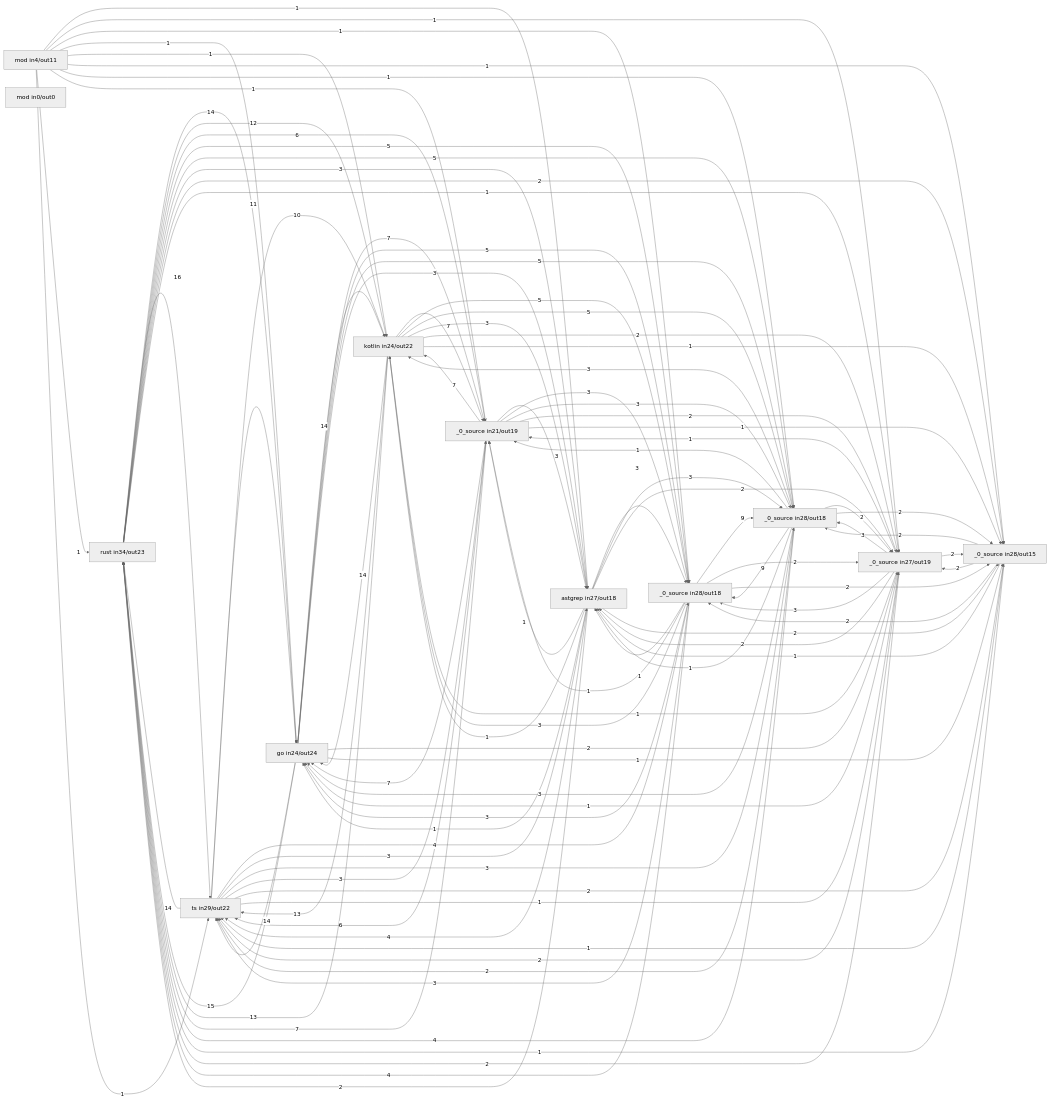
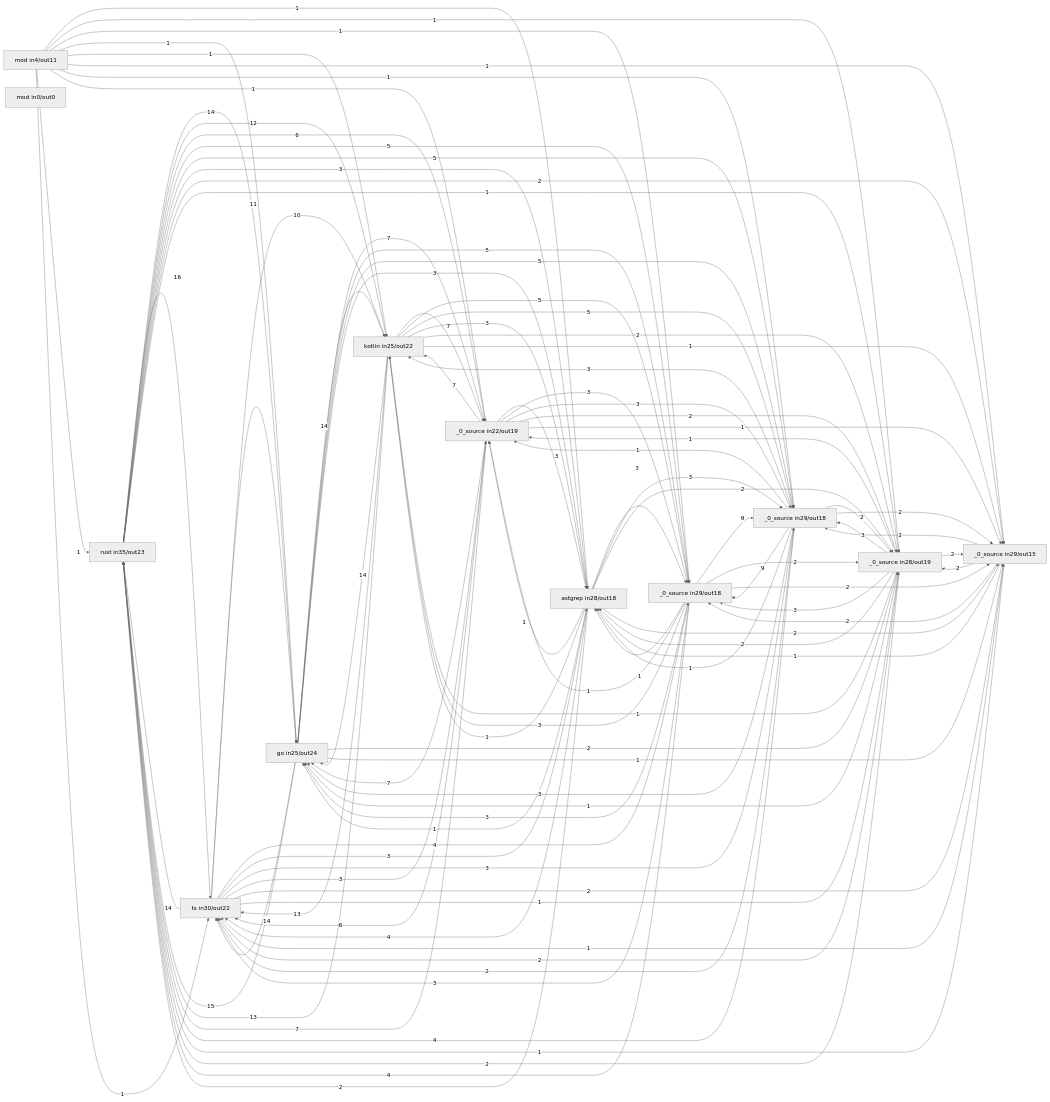
One commit to hafley66/sprefa changed the third of 5 diagrams in docs/selfdoc/extract.md. Above: the diagram before and after it, drawn with Mermaid (neutral theme). The commit also changed other lines of this file and 1 other file, not shown here.

````diff
--- a/docs/selfdoc/extract.md
+++ b/docs/selfdoc/extract.md
@@ -141,15 +141,15 @@
 ```mermaid
 flowchart LR
-  n1["rust  in34/out23"]
-  n2["ts  in29/out22"]
-  n3["_0_source  in28/out18"]
-  n4["_0_source  in28/out18"]
-  n5["_0_source  in28/out15"]
-  n6["_0_source  in27/out19"]
-  n7["astgrep  in27/out18"]
-  n8["go  in24/out24"]
-  n9["kotlin  in24/out22"]
-  n10["_0_source  in21/out19"]
+  n1["rust  in35/out23"]
+  n2["ts  in30/out22"]
+  n3["_0_source  in29/out18"]
+  n4["_0_source  in29/out18"]
+  n5["_0_source  in29/out15"]
+  n6["_0_source  in28/out19"]
+  n7["astgrep  in28/out18"]
+  n8["go  in25/out24"]
+  n9["kotlin  in25/out22"]
+  n10["_0_source  in22/out19"]
   n11["mod  in4/out11"]
   n12["mod  in0/out0"]
   n1 -->|16| n2
````
